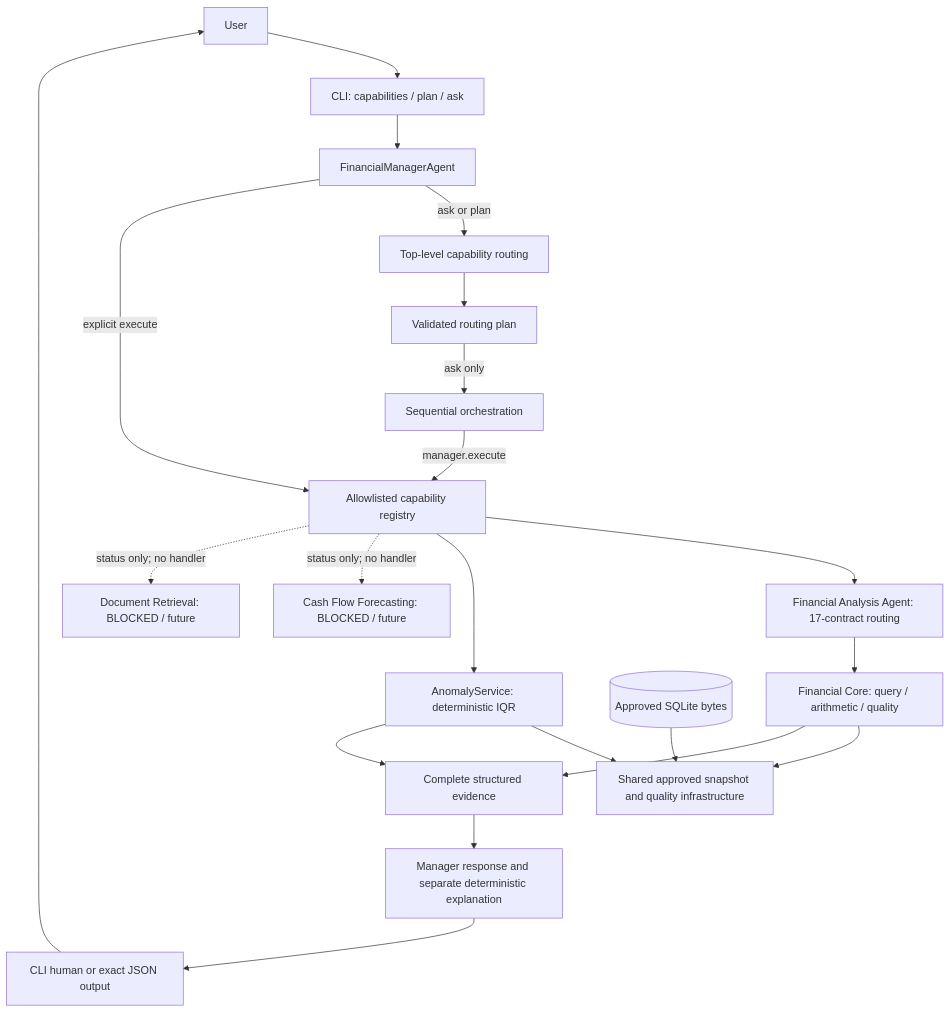
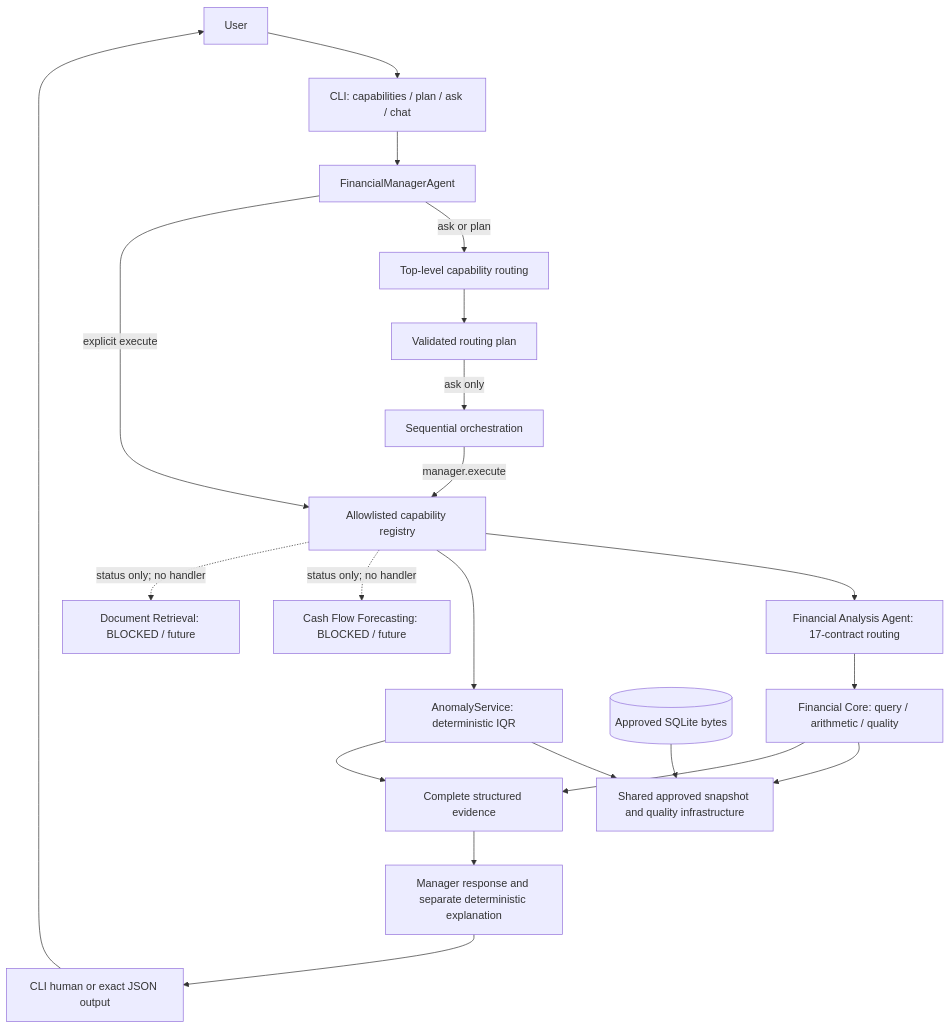
Before and after one commit to piter-gilaab/financial-manager-ai: the diagram in docs/financial_manager_ai_guide.md, drawn with Mermaid. The commit also changed other lines of this file and 5 other files, not shown here.

````diff
--- a/docs/financial_manager_ai_guide.md
+++ b/docs/financial_manager_ai_guide.md
@@ -27,23 +27,23 @@
 ```mermaid
 flowchart TD
-    User[User] --> CLI[CLI: capabilities / plan / ask]
+    User[User] --> CLI[CLI: capabilities / plan / ask / chat]
     CLI --> Manager[FinancialManagerAgent]
     Manager -->|ask or plan| Router[Top-level capability routing]
     Router --> Plan[Validated routing plan]
     Plan -->|ask only| Orchestrate[Sequential orchestration]
     Orchestrate -->|manager.execute| Registry[Allowlisted capability registry]
     Manager -->|explicit execute| Registry
     Registry --> Analysis[Financial Analysis Agent: 17-contract routing]
     Registry --> Anomaly[AnomalyService: deterministic IQR]
     Analysis --> Core[Financial Core: query / arithmetic / quality]
     Core --> Snapshot[Shared approved snapshot and quality infrastructure]
     Anomaly --> Snapshot
     DB[(Approved SQLite bytes)] --> Snapshot
     Core --> Evidence[Complete structured evidence]
     Anomaly --> Evidence
     Evidence --> Response[Manager response and separate deterministic explanation]
     Response --> Output[CLI human or exact JSON output]
     Output --> User
     Registry -. status only; no handler .-> Forecast[Cash Flow Forecasting: BLOCKED / future]
     Registry -. status only; no handler .-> RAG[Document Retrieval: BLOCKED / future]
 ```
````
